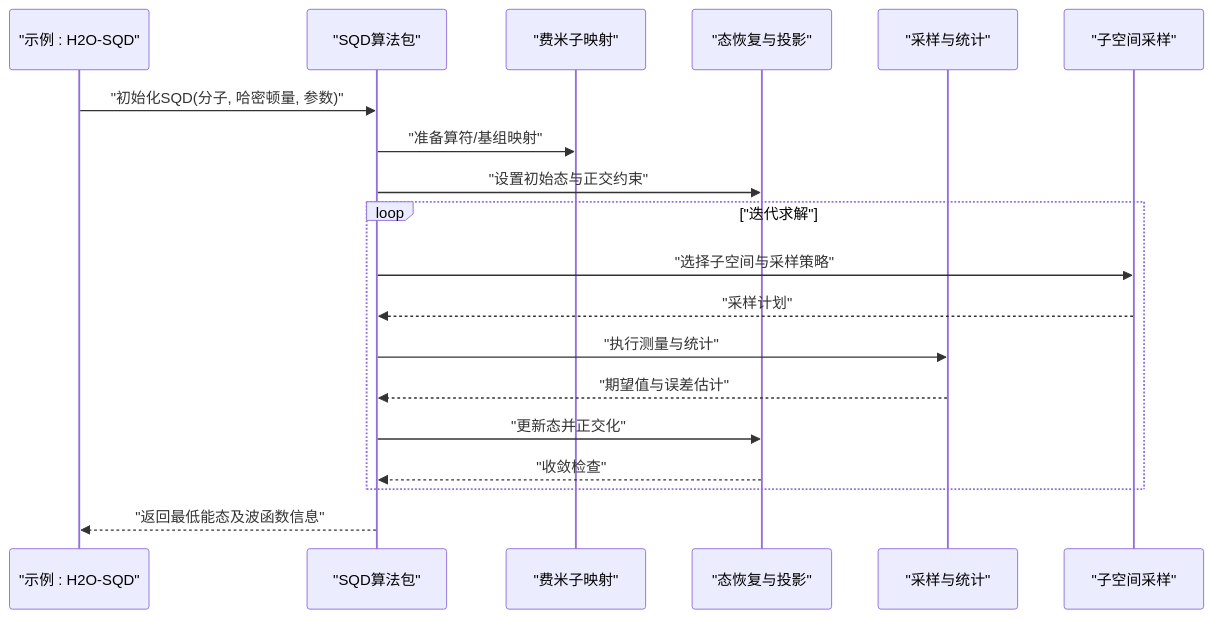
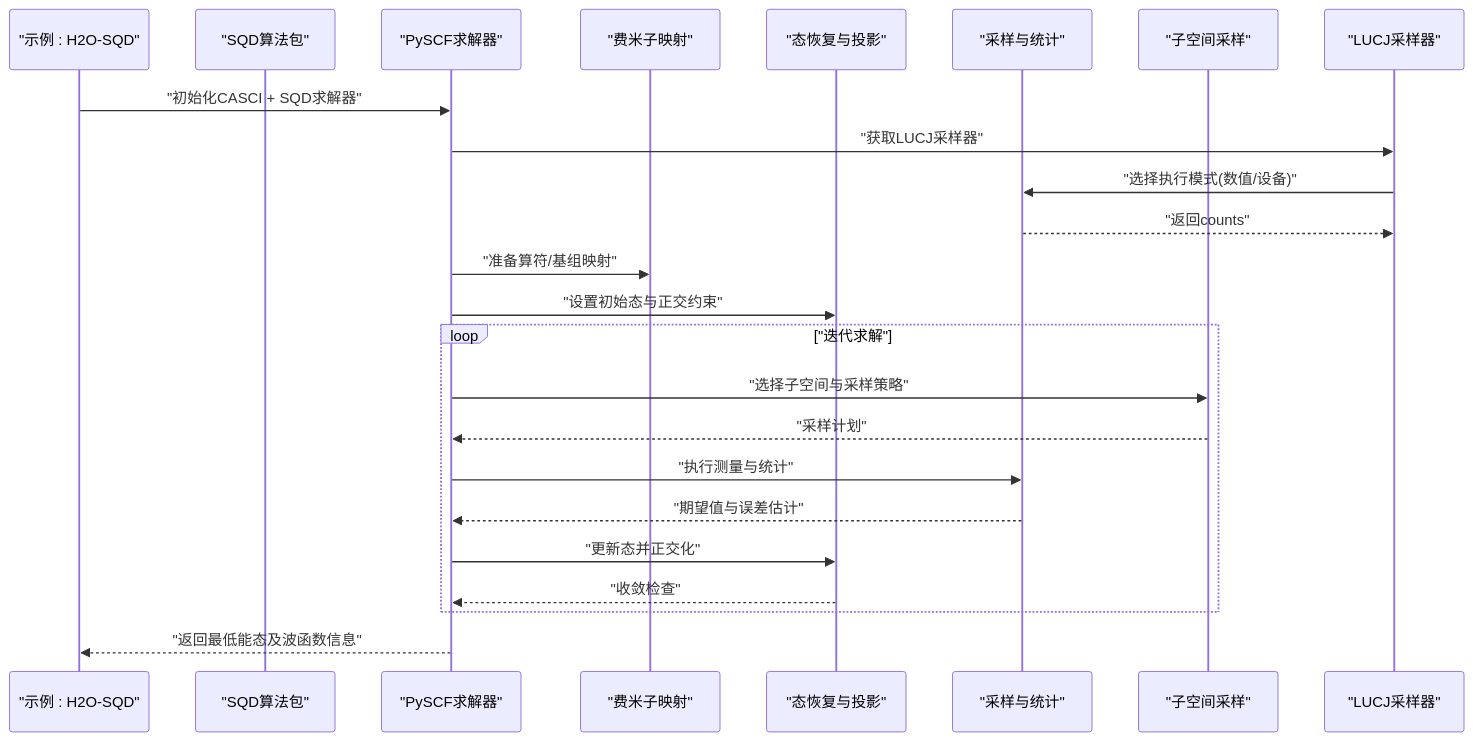
Before and after one commit to QureGenAI-Biotech/TyxonQ: the second of 3 diagrams in .qoder/repowiki/zh/content/量子化学应用/量子化学算法/LUCJ SQD算法.md, drawn with Mermaid. The commit also changed other lines of this file and 9 other files, not shown here.

````diff
--- a/.qoder/repowiki/zh/content/量子化学应用/量子化学算法/LUCJ SQD算法.md
+++ b/.qoder/repowiki/zh/content/量子化学应用/量子化学算法/LUCJ SQD算法.md
@@ -80,21 +91,26 @@
 ```mermaid
 sequenceDiagram
 participant Ex as "示例 : H2O-SQD"
 participant API as "SQD算法包"
+participant PS as "PySCF求解器"
 participant FM as "费米子映射"
 participant RK as "态恢复与投影"
 participant SM as "采样与统计"
 participant SS as "子空间采样"
-Ex->>API : "初始化SQD(分子, 哈密顿量, 参数)"
-API->>FM : "准备算符/基组映射"
-API->>RK : "设置初始态与正交约束"
+participant LS as "LUCJ采样器"
+Ex->>PS : "初始化CASCI + SQD求解器"
+PS->>LS : "获取LUCJ采样器"
+LS->>SM : "选择执行模式(数值/设备)"
+SM-->>LS : "返回counts"
+PS->>FM : "准备算符/基组映射"
+PS->>RK : "设置初始态与正交约束"
 loop "迭代求解"
-API->>SS : "选择子空间与采样策略"
-SS-->>API : "采样计划"
-API->>SM : "执行测量与统计"
-SM-->>API : "期望值与误差估计"
-API->>RK : "更新态并正交化"
-RK-->>API : "收敛检查"
+PS->>SS : "选择子空间与采样策略"
+SS-->>PS : "采样计划"
+PS->>SM : "执行测量与统计"
+SM-->>PS : "期望值与误差估计"
+PS->>RK : "更新态并正交化"
+RK-->>PS : "收敛检查"
 end
-API-->>Ex : "返回最低能态及波函数信息"
+PS-->>Ex : "返回最低能态及波函数信息"
 ```
````
